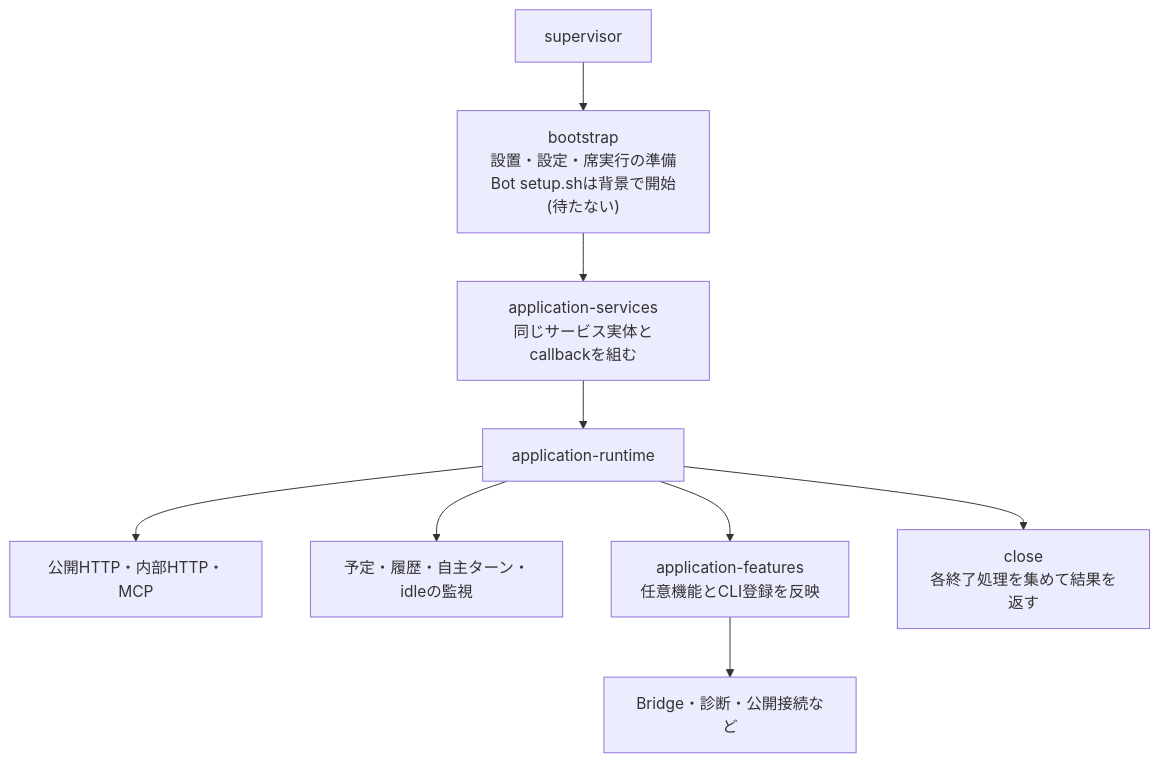
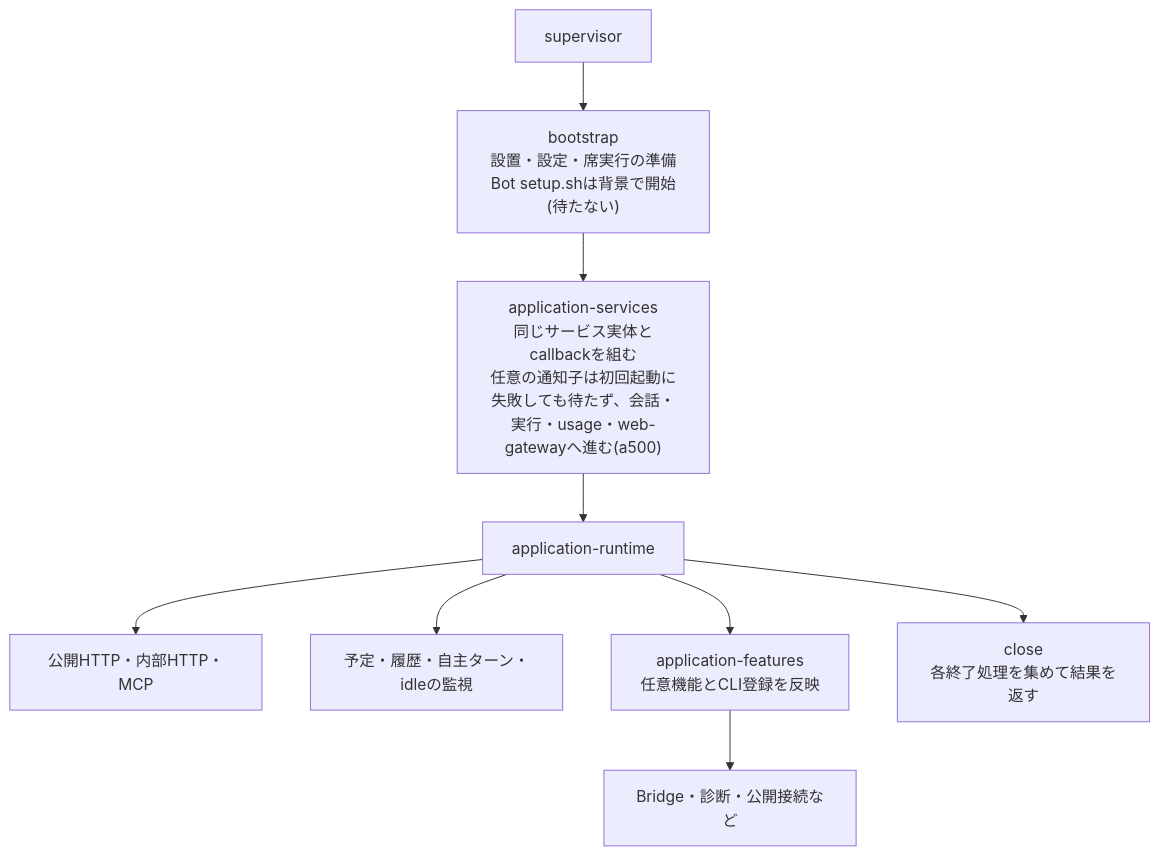
One commit to kitepon/BellTeam changed the third of 4 diagrams in docs/architecture/support-and-runtime.md. Above: the diagram before and after it, drawn with Mermaid. The commit also changed other lines of this file and 5 other files, not shown here.

````diff
--- a/docs/architecture/support-and-runtime.md
+++ b/docs/architecture/support-and-runtime.md
@@ -73,11 +73,11 @@
 ```mermaid
 flowchart TB
   Supervisor["supervisor"] --> Bootstrap["bootstrap<br/>設置・設定・席実行の準備<br/>Bot setup.shは背景で開始(待たない)"]
-  Bootstrap --> Services["application-services<br/>同じサービス実体とcallbackを組む"]
+  Bootstrap --> Services["application-services<br/>同じサービス実体とcallbackを組む<br/>任意の通知子は初回起動に失敗しても待たず、会話・実行・usage・web-gatewayへ進む(a500)"]
   Services --> Runtime["application-runtime"]
   Runtime --> HTTP["公開HTTP・内部HTTP・MCP"]
   Runtime --> Watch["予定・履歴・自主ターン・idleの監視"]
   Runtime --> Features["application-features<br/>任意機能とCLI登録を反映"]
   Features --> External["Bridge・診断・公開接続など"]
   Runtime --> Close["close<br/>各終了処理を集めて結果を返す"]
 ```
````
